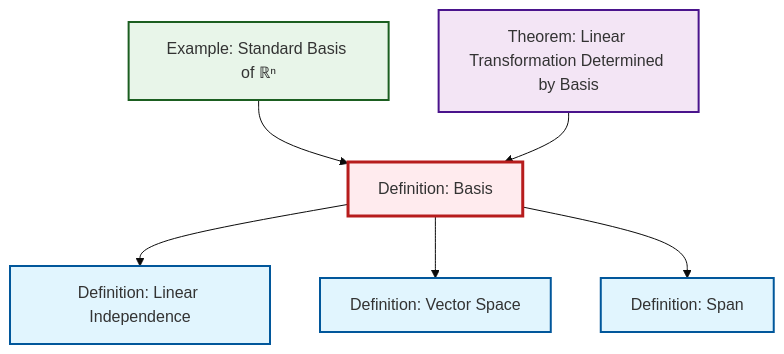
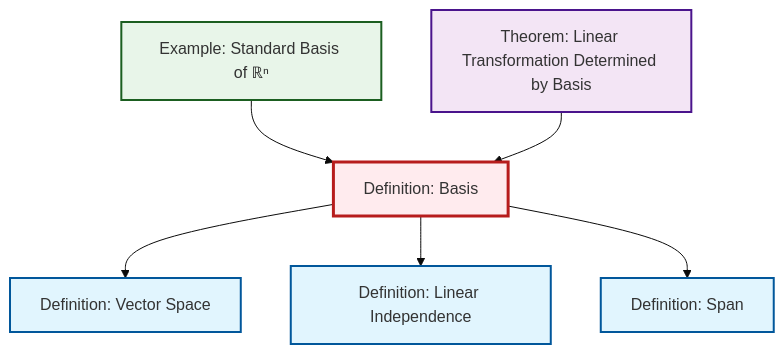
The diagram in content/en/algebra/def-basis.qmd (RK0429/ModernMath), drawn with Mermaid (base theme) before and after one commit. The commit also changed other lines of this file and 531 other files, not shown here.

````diff
--- a/content/en/algebra/def-basis.qmd
+++ b/content/en/algebra/def-basis.qmd
@@ -48,26 +48,26 @@
 ```{mermaid}
 %%| fig-cap: "Local dependency graph"
 graph TD
     classDef definition fill:#e1f5fe,stroke:#01579b,stroke-width:2px
     classDef theorem fill:#f3e5f5,stroke:#4a148c,stroke-width:2px
     classDef axiom fill:#fff3e0,stroke:#e65100,stroke-width:2px
     classDef example fill:#e8f5e9,stroke:#1b5e20,stroke-width:2px
     classDef current fill:#ffebee,stroke:#b71c1c,stroke-width:3px
+    thm-linear-transformation-basis["Theorem: Linear Transformation Determined by Basis"]:::theorem
+    ex-standard-basis-rn["Example: Standard Basis of ℝⁿ"]:::example
     def-vector-space["Definition: Vector Space"]:::definition
+    def-span["Definition: Span"]:::definition
+    def-linear-independence["Definition: Linear Independence"]:::definition
     def-basis["Definition: Basis"]:::definition
-    thm-linear-transformation-basis["Theorem: Linear Transformation Determined by Basis"]:::theorem
-    def-linear-independence["Definition: Linear Independence"]:::definition
-    ex-standard-basis-rn["Example: Standard Basis of ℝⁿ"]:::example
-    def-span["Definition: Span"]:::definition
     ex-standard-basis-rn --> def-basis
+    def-basis --> def-vector-space
+    def-basis --> def-linear-independence
+    def-basis --> def-span
     thm-linear-transformation-basis --> def-basis
-    def-basis --> def-linear-independence
-    def-basis --> def-vector-space
-    def-basis --> def-span
     class def-basis current
+    click thm-linear-transformation-basis "thm-linear-transformation-basis.html" "Go to Linear Transformation Determined by Basis theorem"
+    click ex-standard-basis-rn "ex-standard-basis-rn.html" "Go to Standard Basis of ℝⁿ example"
     click def-vector-space "def-vector-space.html" "Go to Vector Space definition"
-    click thm-linear-transformation-basis "thm-linear-transformation-basis.html" "Go to Linear Transformation Determined by Basis theorem"
+    click def-span "def-span.html" "Go to Span definition"
     click def-linear-independence "def-linear-independence.html" "Go to Linear Independence definition"
-    click ex-standard-basis-rn "ex-standard-basis-rn.html" "Go to Standard Basis of ℝⁿ example"
-    click def-span "def-span.html" "Go to Span definition"
 ```
````
